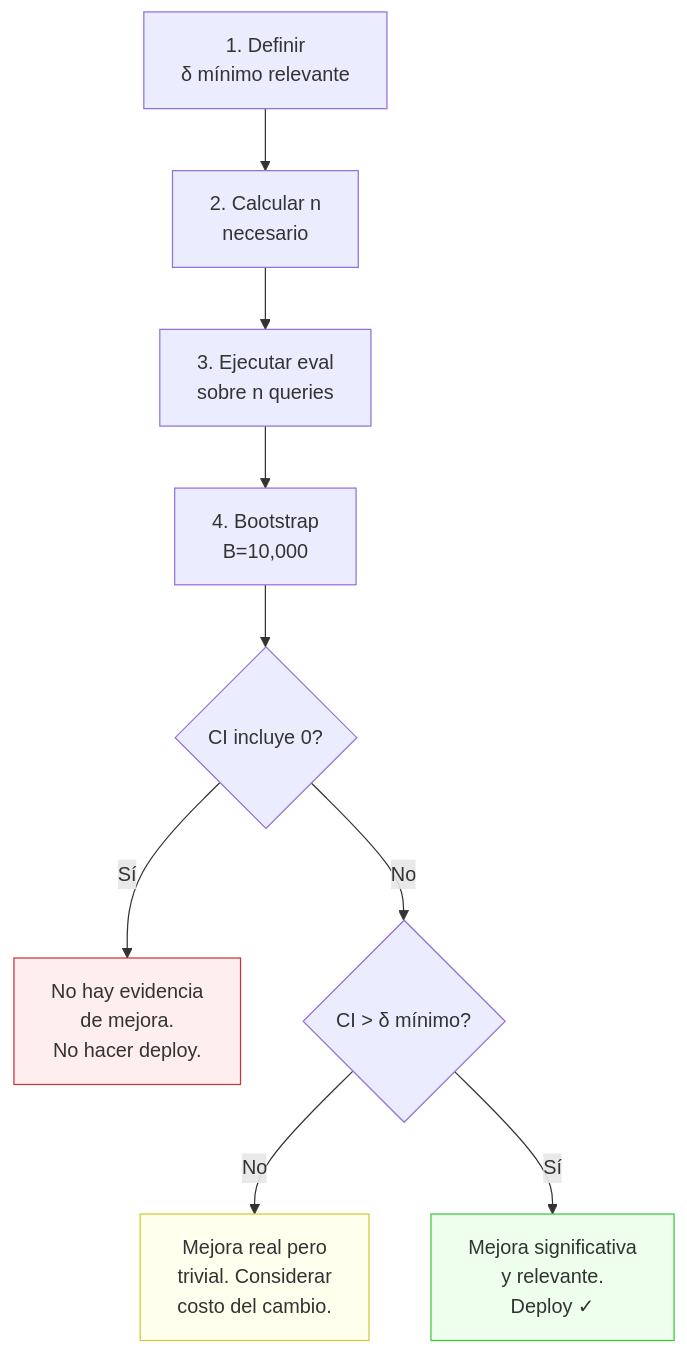
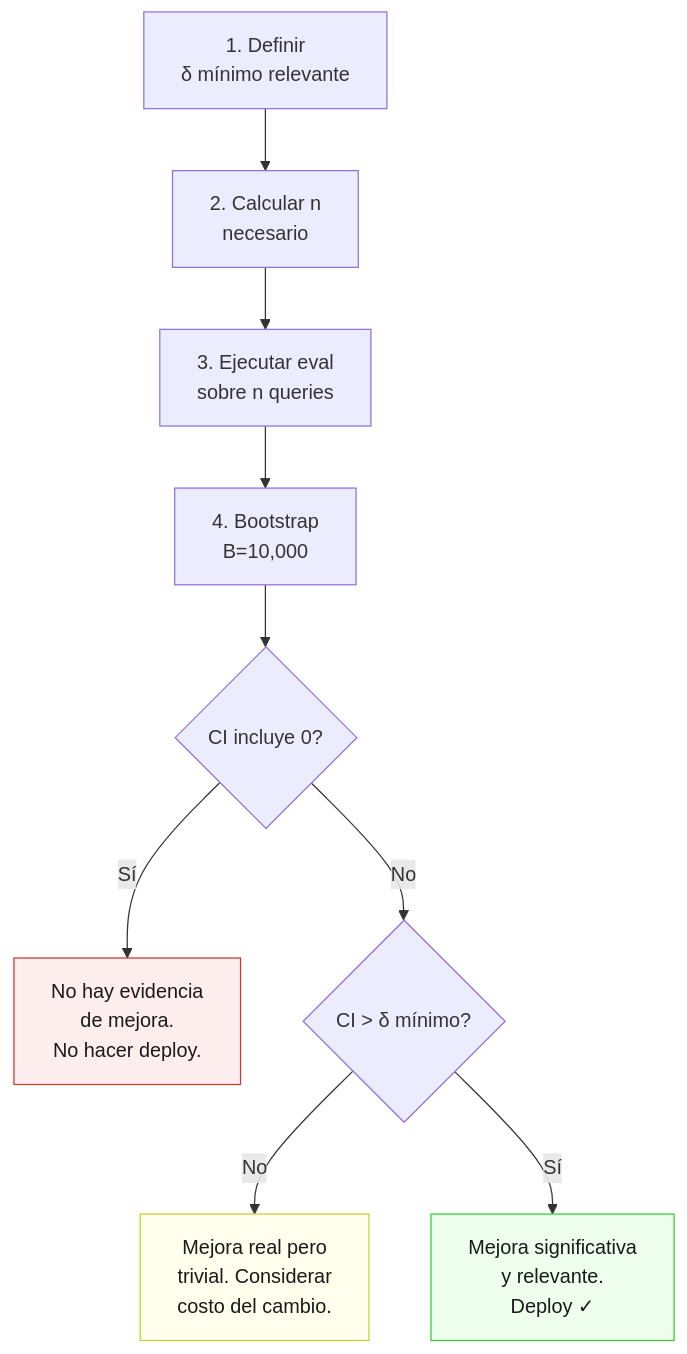
The seventh of 7 diagrams in 01-evals/theory/08-estadistica-estocastica.md (Alonsomar/estudio-personal), drawn with Mermaid before and after one commit. The commit also changed other lines of this file and 20 other files, not shown here.

First line of the commit message:
fix(docs): texto oscuro en nodos Mermaid para legibilidad en modo oscuro

````diff
--- a/01-evals/theory/08-estadistica-estocastica.md
+++ b/01-evals/theory/08-estadistica-estocastica.md
@@ -253,16 +253,16 @@
 ```mermaid
 graph TD
     E1["1. Definir<br/>δ mínimo relevante"]
     E1 --> E2["2. Calcular n<br/>necesario"]
     E2 --> E3["3. Ejecutar eval<br/>sobre n queries"]
     E3 --> E4["4. Bootstrap<br/>B=10,000"]
     E4 --> E5{"CI incluye 0?"}
     E5 -- Sí --> E6["No hay evidencia<br/>de mejora.<br/>No hacer deploy."]
     E5 -- No --> E7{"CI > δ mínimo?"}
     E7 -- No --> E8["Mejora real pero<br/>trivial. Considerar<br/>costo del cambio."]
     E7 -- Sí --> E9["Mejora significativa<br/>y relevante.<br/>Deploy ✓"]
     
-    style E6 fill:#fee,stroke:#c33
-    style E8 fill:#ffe,stroke:#cc3
-    style E9 fill:#efe,stroke:#3c3
+    style E6 fill:#fee,stroke:#c33,color:#1a1a1a
+    style E8 fill:#ffe,stroke:#cc3,color:#1a1a1a
+    style E9 fill:#efe,stroke:#3c3,color:#1a1a1a
 ```
````
